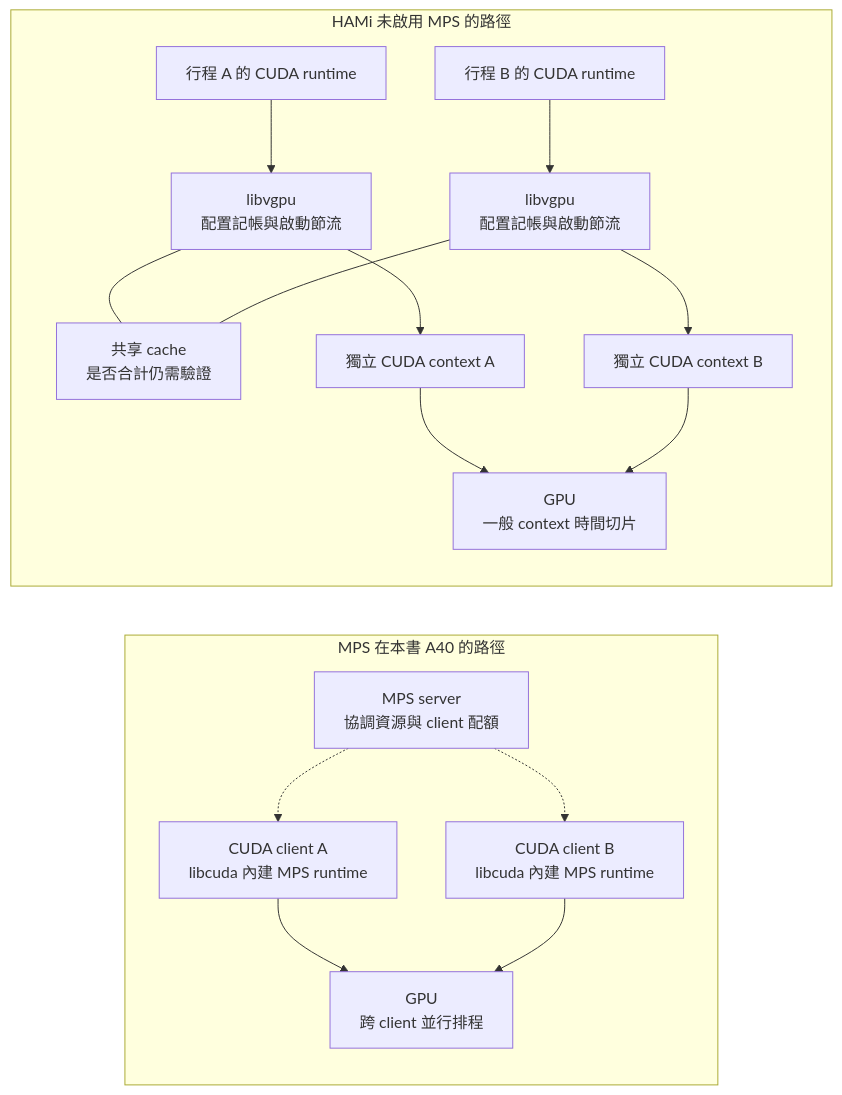
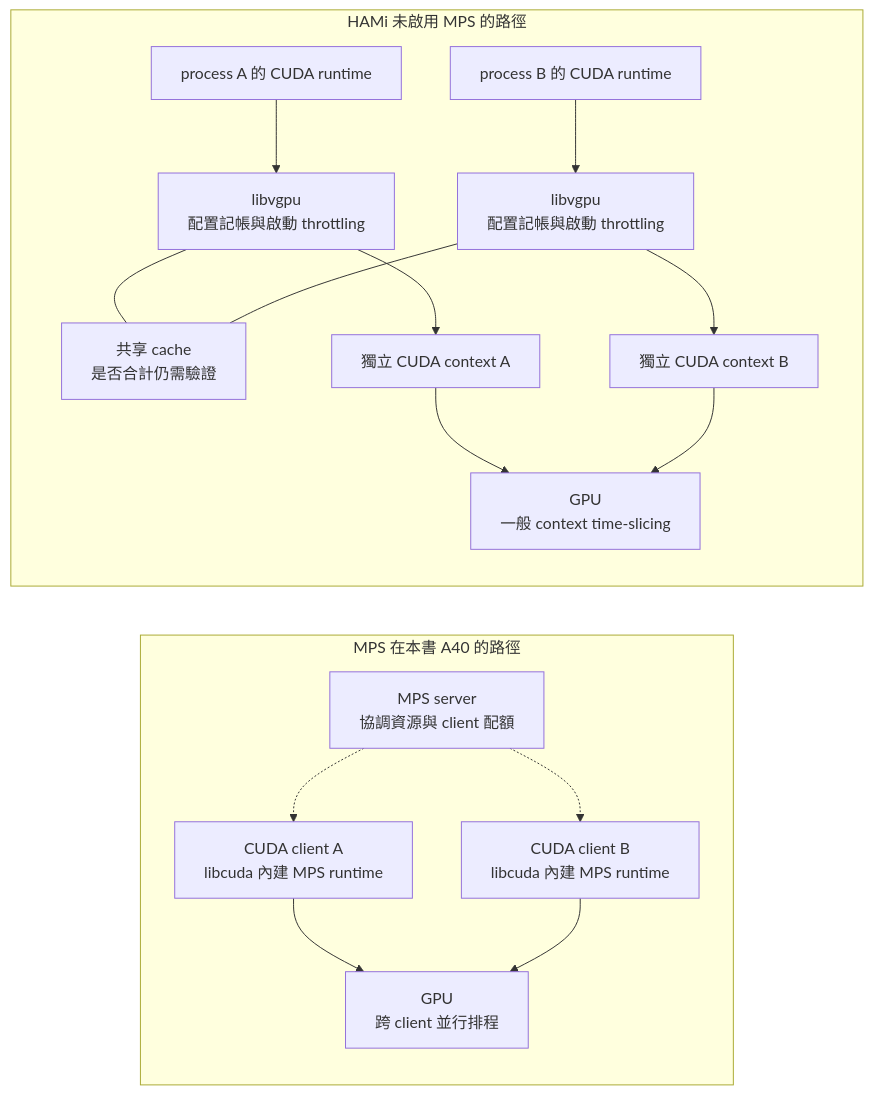
The diagram in book/04-isolation/hami-vs-mps.md (Daniel77871/dra-gpu-sharing-in-practice), drawn with Mermaid before and after one commit. The commit also changed other lines of this file and 80 other files, not shown here.

````diff
--- a/book/04-isolation/hami-vs-mps.md
+++ b/book/04-isolation/hami-vs-mps.md
@@ -11,19 +11,19 @@
 ```mermaid
 flowchart LR
     subgraph M["MPS 在本書 A40 的路徑"]
         MA["CUDA client A<br/>libcuda 內建 MPS runtime"] --> MG["GPU<br/>跨 client 並行排程"]
         MB["CUDA client B<br/>libcuda 內建 MPS runtime"] --> MG
         MS["MPS server<br/>協調資源與 client 配額"] -.-> MA
         MS -.-> MB
     end
     subgraph H["HAMi 未啟用 MPS 的路徑"]
-        HA["行程 A 的 CUDA runtime"] --> LA["libvgpu<br/>配置記帳與啟動節流"]
-        HB["行程 B 的 CUDA runtime"] --> LB["libvgpu<br/>配置記帳與啟動節流"]
+        HA["process A 的 CUDA runtime"] --> LA["libvgpu<br/>配置記帳與啟動 throttling"]
+        HB["process B 的 CUDA runtime"] --> LB["libvgpu<br/>配置記帳與啟動 throttling"]
         LA --- C["共享 cache<br/>是否合計仍需驗證"]
         LB --- C
         LA --> CA["獨立 CUDA context A"]
         LB --> CB["獨立 CUDA context B"]
-        CA --> HG["GPU<br/>一般 context 時間切片"]
+        CA --> HG["GPU<br/>一般 context time-slicing"]
         CB --> HG
     end
 ```
````
